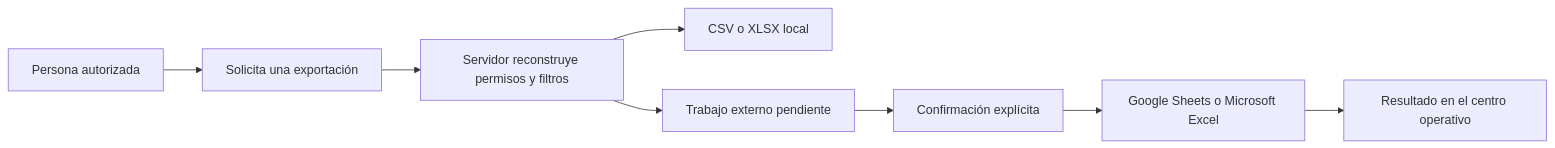
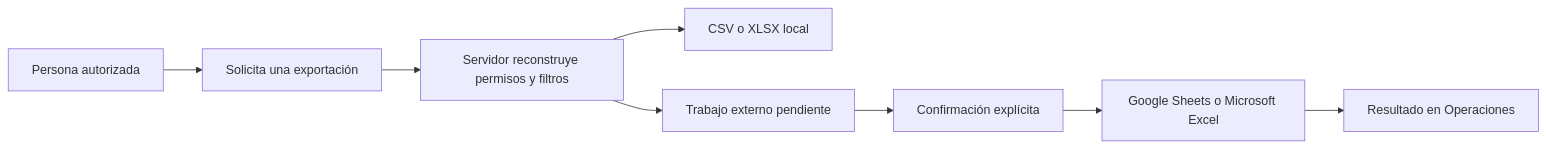
Before and after one commit to antoniojesusdelgado/management-platform-demo: the first of 13 diagrams in docs/PROCESS-MAPS.md, drawn with Mermaid. The commit also changed other lines of this file and 63 other files, not shown here.

````diff
--- a/docs/PROCESS-MAPS.md
+++ b/docs/PROCESS-MAPS.md
@@ -5,10 +5,10 @@
 ```mermaid
 flowchart LR
   user["Persona autorizada"] --> request["Solicita una exportación"]
   request --> validate["Servidor reconstruye permisos y filtros"]
   validate --> local["CSV o XLSX local"]
   validate --> pending["Trabajo externo pendiente"]
   pending --> confirm["Confirmación explícita"]
   confirm --> provider["Google Sheets o Microsoft Excel"]
-  provider --> notify["Resultado en el centro operativo"]
+  provider --> notify["Resultado en Operaciones"]
 ```
````
